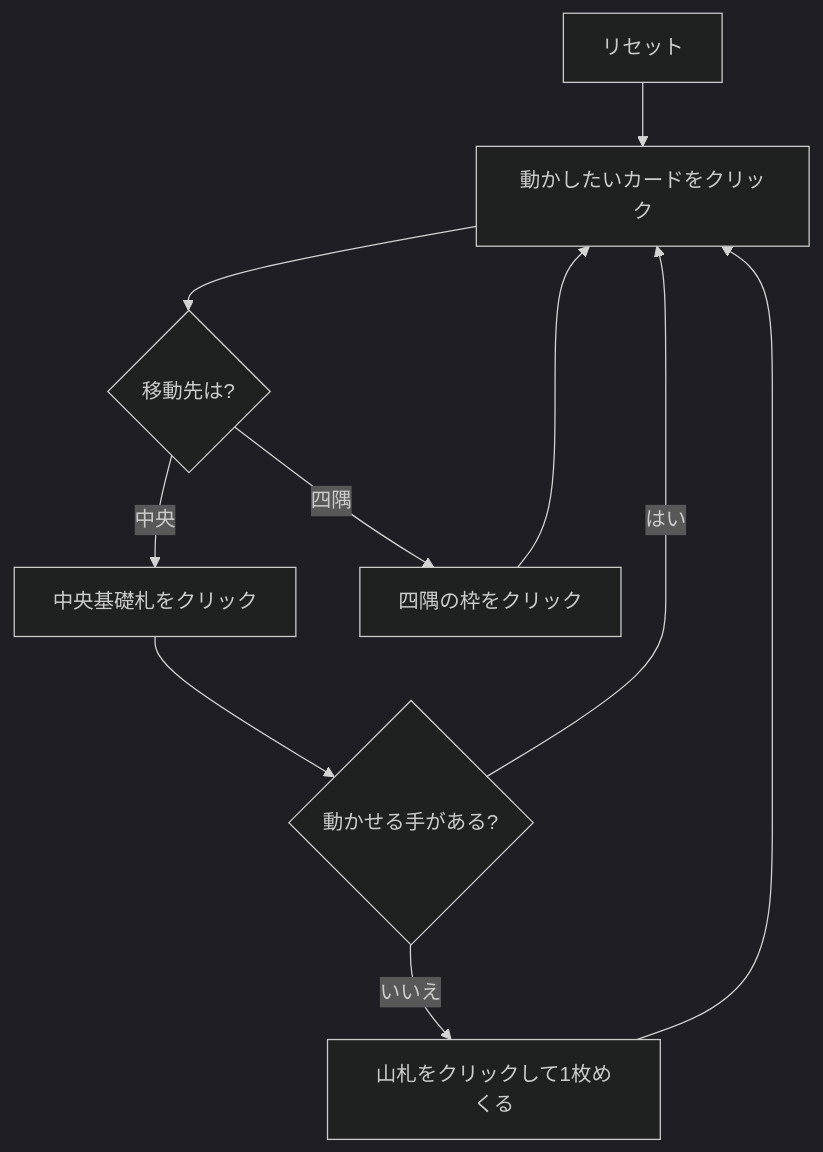
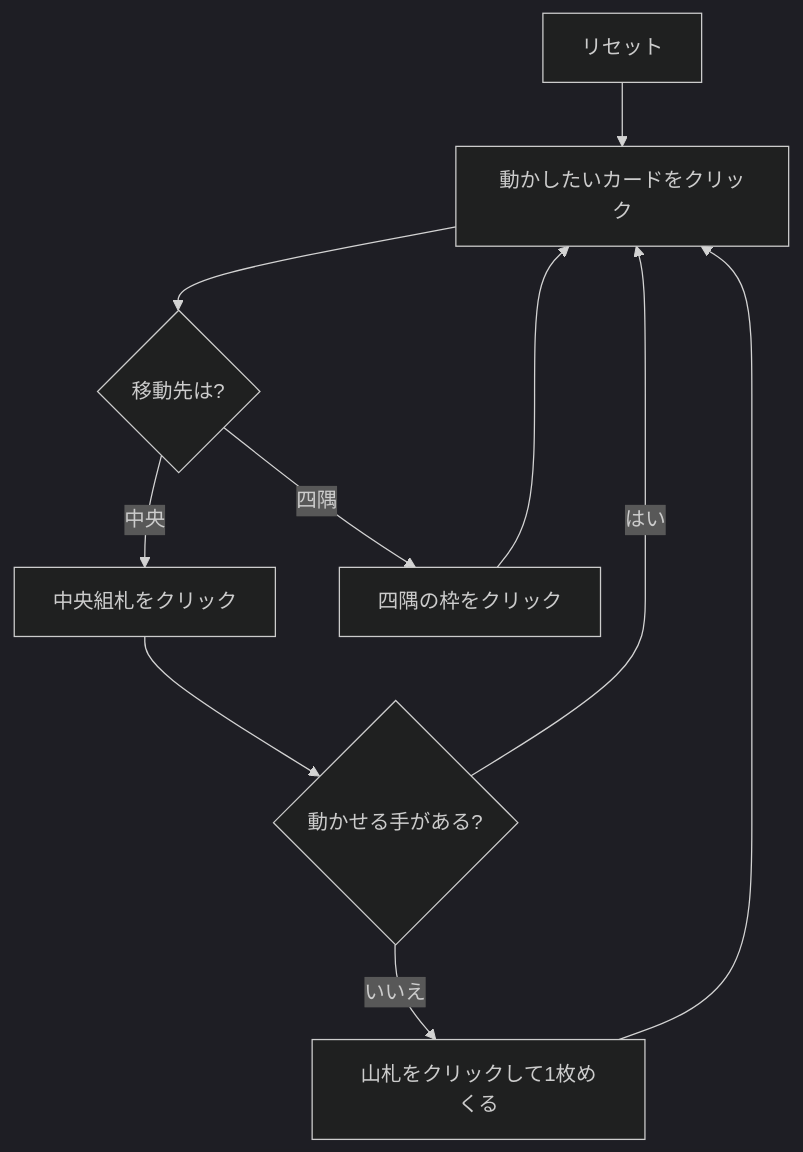
The diagram in docs/manual/web/windmill.md (yuta-yoshinaga/go_trumpcards), drawn with Mermaid (dark theme) before and after one commit. The commit also changed other lines of this file and 33 other files, not shown here.

````diff
--- a/docs/manual/web/windmill.md
+++ b/docs/manual/web/windmill.md
@@ -31,12 +31,12 @@
 ```mermaid
 flowchart TD
     A[リセット] --> B[動かしたいカードをクリック]
     B --> C{移動先は?}
-    C -- 中央 --> D[中央基礎札をクリック]
+    C -- 中央 --> D[中央組札をクリック]
     C -- 四隅 --> E[四隅の枠をクリック]
     D --> F{動かせる手がある?}
     E --> B
     F -- はい --> B
     F -- いいえ --> G[山札をクリックして1枚めくる]
     G --> B
 ```
````
